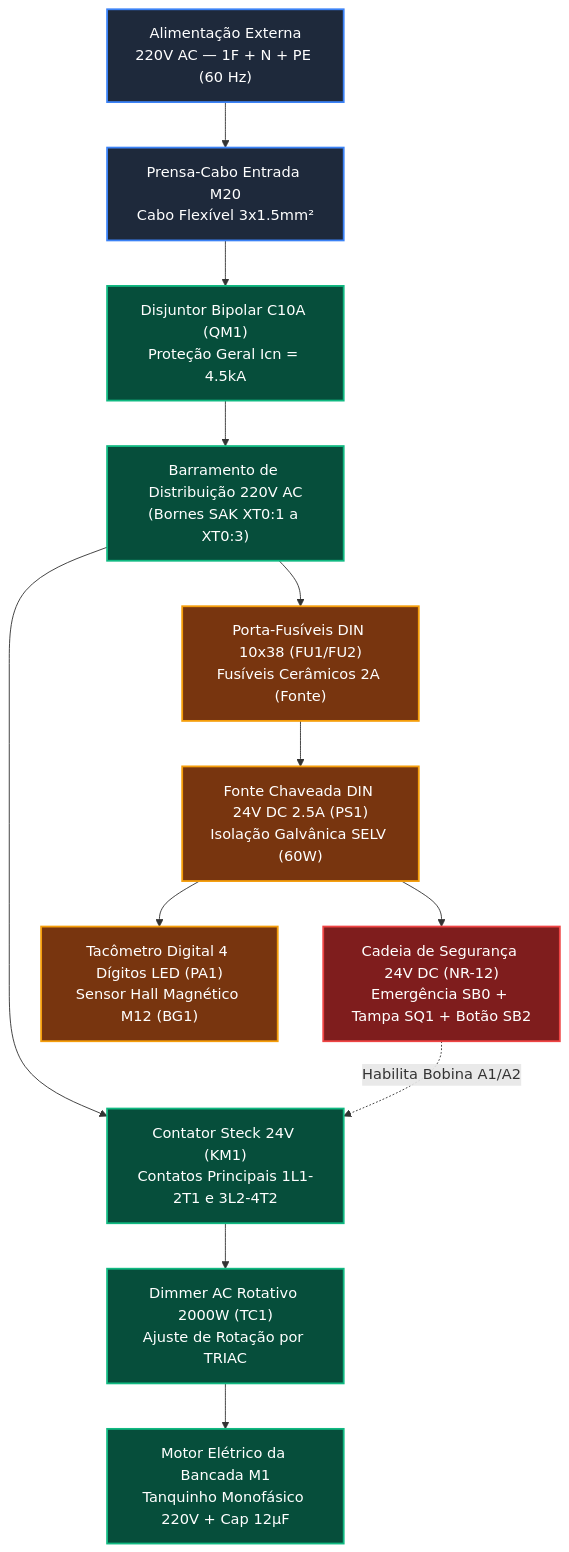
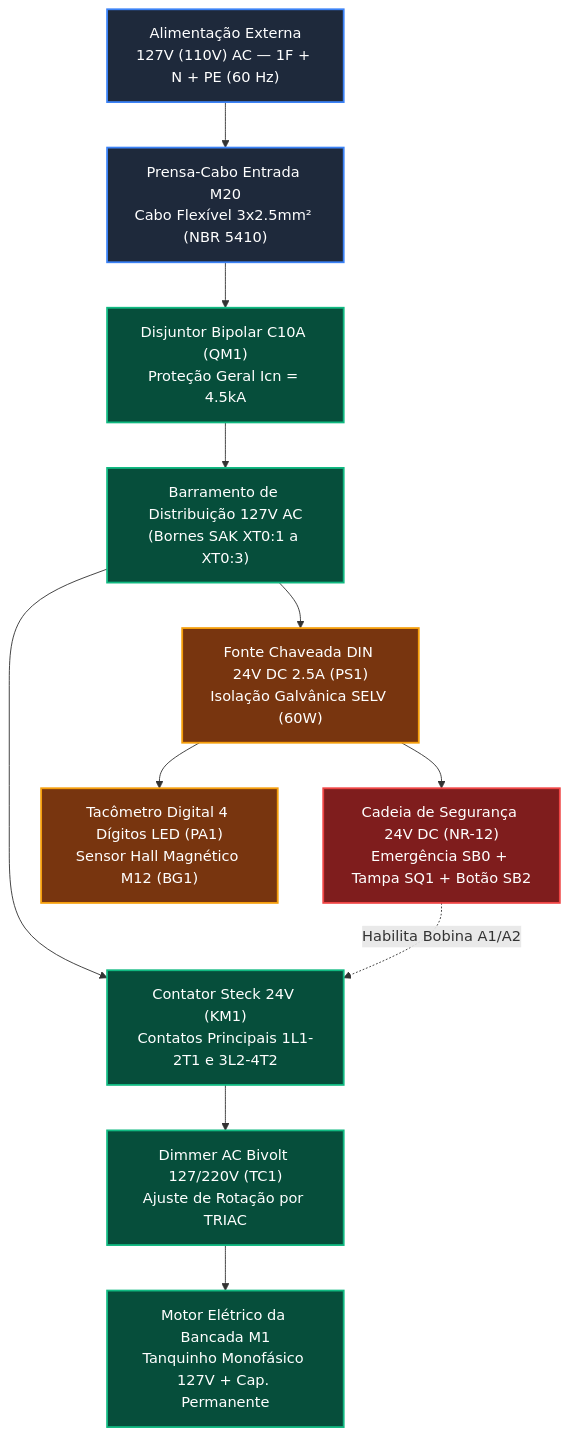
One commit to Andre-Macedo/amemiya changed the second of 5 diagrams in docs/iot/DIAGRAMAS_ELETRICOS_UNIFILAR_MULTIFILAR.md. Above: the diagram before and after it, drawn with Mermaid. The commit also changed other lines of this file and 48 other files, not shown here.

Commit message:
docs(tcc): add ADRs 004-008, offline HTML renderer, V2 schematic alignment, and remove SCT-013/INMP441

````diff
--- a/docs/iot/DIAGRAMAS_ELETRICOS_UNIFILAR_MULTIFILAR.md
+++ b/docs/iot/DIAGRAMAS_ELETRICOS_UNIFILAR_MULTIFILAR.md
@@ -46,29 +46,28 @@
 ```mermaid
 graph TD
     classDef main fill:#1e293b,stroke:#3b82f6,stroke-width:2px,color:#fff;
     classDef safety fill:#7f1d1d,stroke:#ef4444,stroke-width:2px,color:#fff;
     classDef power fill:#064e3b,stroke:#10b981,stroke-width:2px,color:#fff;
     classDef ctrl fill:#78350f,stroke:#f59e0b,stroke-width:2px,color:#fff;
 
-    ALIM["Alimentação Externa<br/>220V AC — 1F + N + PE (60 Hz)"]:::main
-    PRENSA_IN["Prensa-Cabo Entrada M20<br/>Cabo Flexível 3x1.5mm²"]:::main
+    ALIM["Alimentação Externa<br/>127V (110V) AC — 1F + N + PE (60 Hz)"]:::main
+    PRENSA_IN["Prensa-Cabo Entrada M20<br/>Cabo Flexível 3x2.5mm² (NBR 5410)"]:::main
     QM1["Disjuntor Bipolar C10A (QM1)<br/>Proteção Geral Icn = 4.5kA"]:::power
     
-    BAR_AC["Barramento de Distribuição 220V AC<br/>(Bornes SAK XT0:1 a XT0:3)"]:::power
+    BAR_AC["Barramento de Distribuição 127V AC<br/>(Bornes SAK XT0:1 a XT0:3)"]:::power
     
-    FU1["Porta-Fusíveis DIN 10x38 (FU1/FU2)<br/>Fusíveis Cerâmicos 2A (Fonte)"]:::ctrl
     PS1["Fonte Chaveada DIN 24V DC 2.5A (PS1)<br/>Isolação Galvânica SELV (60W)"]:::ctrl
     
     KM1_POT["Contator Steck 24V (KM1)<br/>Contatos Principais 1L1-2T1 e 3L2-4T2"]:::power
-    TC1["Dimmer AC Rotativo 2000W (TC1)<br/>Ajuste de Rotação por TRIAC"]:::power
-    MTR["Motor Elétrico da Bancada M1<br/>Tanquinho Monofásico 220V + Cap 12µF"]:::power
+    TC1["Dimmer AC Bivolt 127/220V (TC1)<br/>Ajuste de Rotação por TRIAC"]:::power
+    MTR["Motor Elétrico da Bancada M1<br/>Tanquinho Monofásico 127V + Cap. Permanente"]:::power
     
     SAFE_LOOP["Cadeia de Segurança 24V DC (NR-12)<br/>Emergência SB0 + Tampa SQ1 + Botão SB2"]:::safety
     TAC["Tacômetro Digital 4 Dígitos LED (PA1)<br/>Sensor Hall Magnético M12 (BG1)"]:::ctrl
 
     ALIM --> PRENSA_IN --> QM1 --> BAR_AC
-    BAR_AC --> FU1 --> PS1 --> SAFE_LOOP
+    BAR_AC --> PS1 --> SAFE_LOOP
     BAR_AC --> KM1_POT --> TC1 --> MTR
     PS1 --> TAC
     SAFE_LOOP -.->|"Habilita Bobina A1/A2"| KM1_POT
 ```
````
